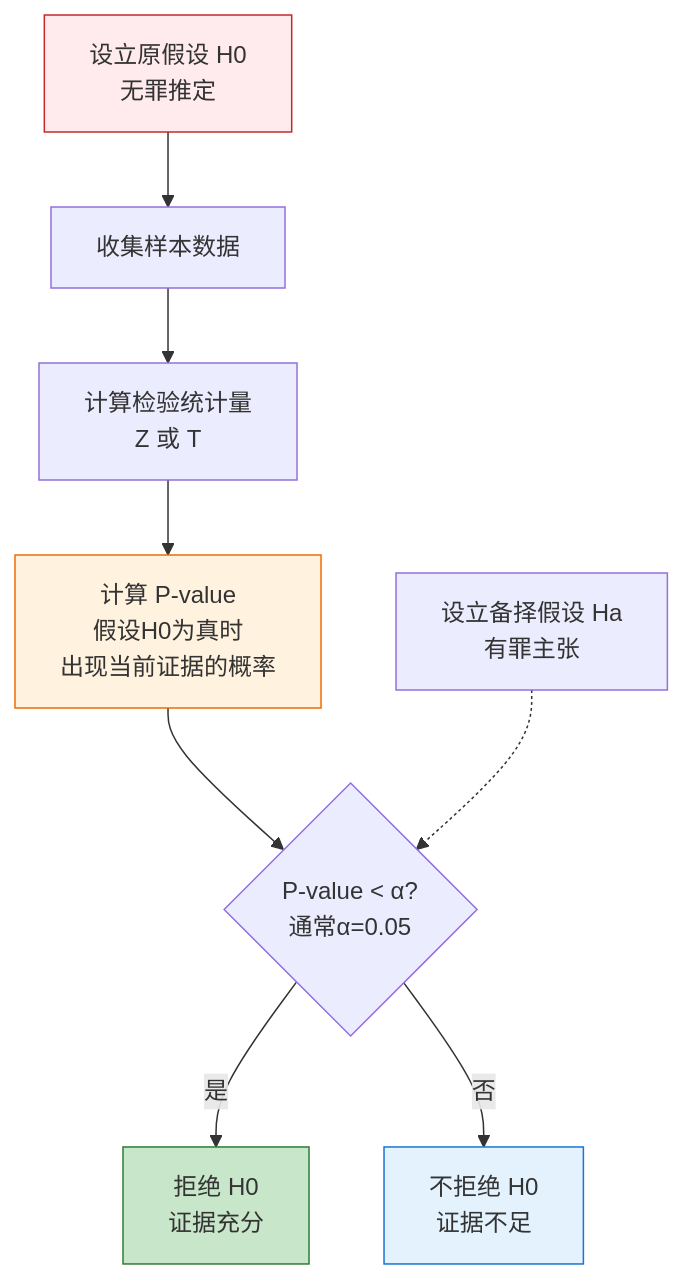
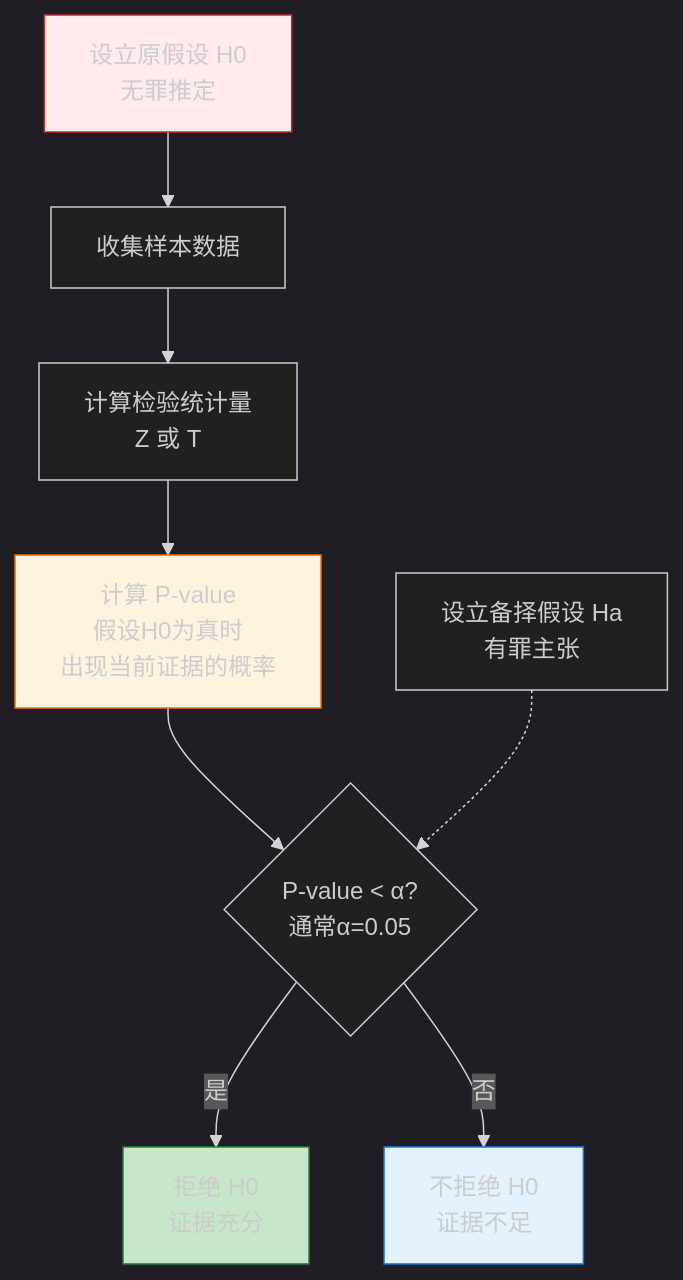
Before and after one commit to EvanZhu0721/AwesomeApStatistic: the first of 3 diagrams in graphs.md, drawn with Mermaid. The commit also changed 2 other files, not shown here.

Commit message:
change mermaid theme to dark to highlight labels

````diff
--- a/graphs.md
+++ b/graphs.md
@@ -1,21 +1,22 @@
 ```mermaid
+%%{init: {'theme': 'dark'}}%%
 flowchart TD
     H0[设立原假设 H0<br/>无罪推定]
     H1[设立备择假设 Ha<br/>有罪主张]
     Data[收集样本数据]
     Calc[计算检验统计量<br/>Z 或 T]
     Pval[计算 P-value<br/>假设H0为真时<br/>出现当前证据的概率]
     Compare{P-value < α?<br/>通常α=0.05}
     Reject[拒绝 H0<br/>证据充分]
     Fail[不拒绝 H0<br/>证据不足]
     
     H0 --> Data --> Calc --> Pval --> Compare
     H1 -.-> Compare
     Compare -->|是 | Reject
     Compare -->|否 | Fail
     
     style H0 fill:#ffebee,stroke:#c62828
     style Pval fill:#fff3e0,stroke:#ef6c00
     style Reject fill:#c8e6c9,stroke:#2e7d32
     style Fail fill:#e3f2fd,stroke:#1976d2
 ```
````
